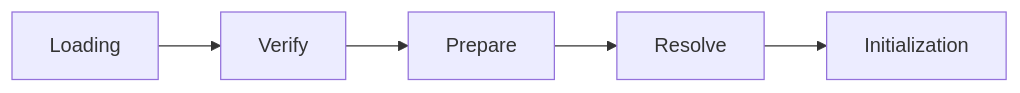
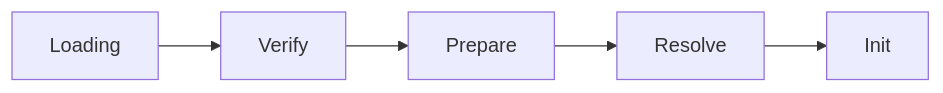
Before and after one commit to yjkim2015/yjkim2015.github.io: the second of 5 diagrams in _posts/java/2026-05-02-jvm-architecture.md, drawn with Mermaid. The commit also changed other lines of this file and 245 other files, not shown here.

First line of the commit message:
Mermaid 다이어그램 전면 수정 + 면접 포인트 접기/펼치기 + DB 데드락 페이지

````diff
--- a/_posts/java/2026-05-02-jvm-architecture.md
+++ b/_posts/java/2026-05-02-jvm-architecture.md
@@ -107,7 +107,7 @@
 ```mermaid
 graph LR
     L["Loading"] --> V["Verify"]
     V --> P["Prepare"]
     P --> R["Resolve"]
-    R --> I["Initialization"]
+    R --> I["Init"]
 ```
````
